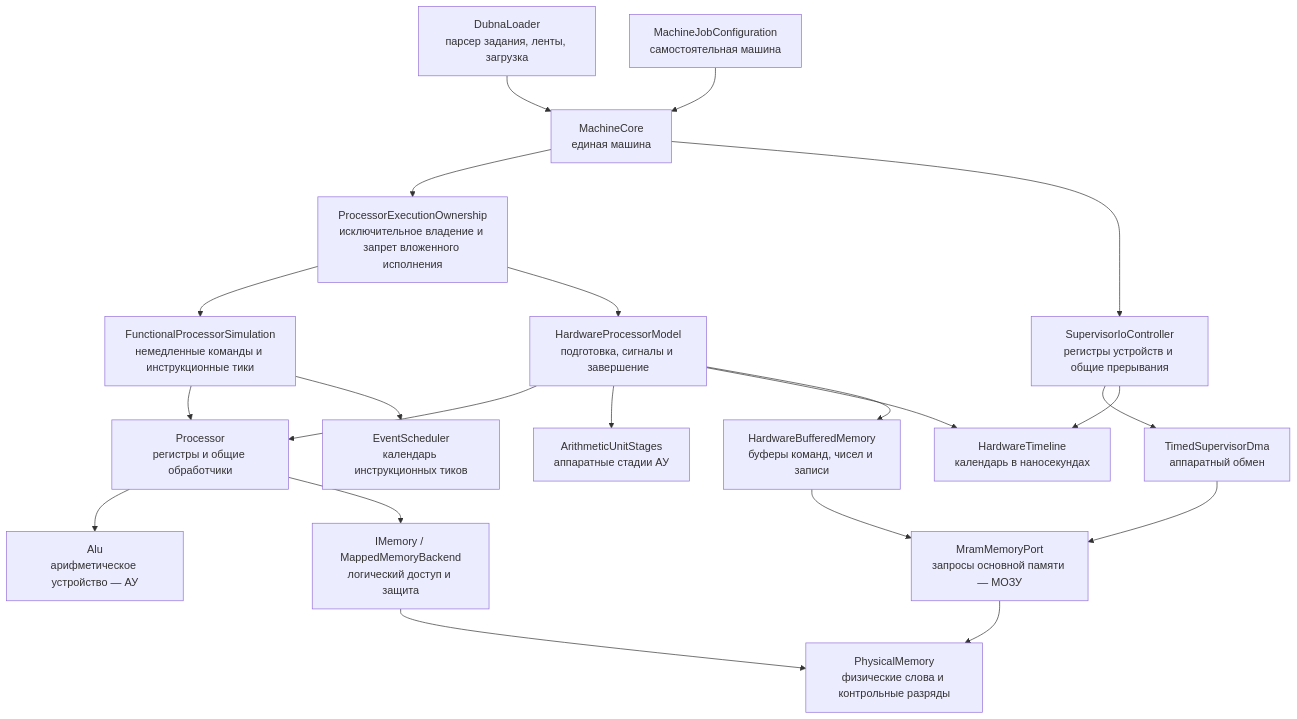
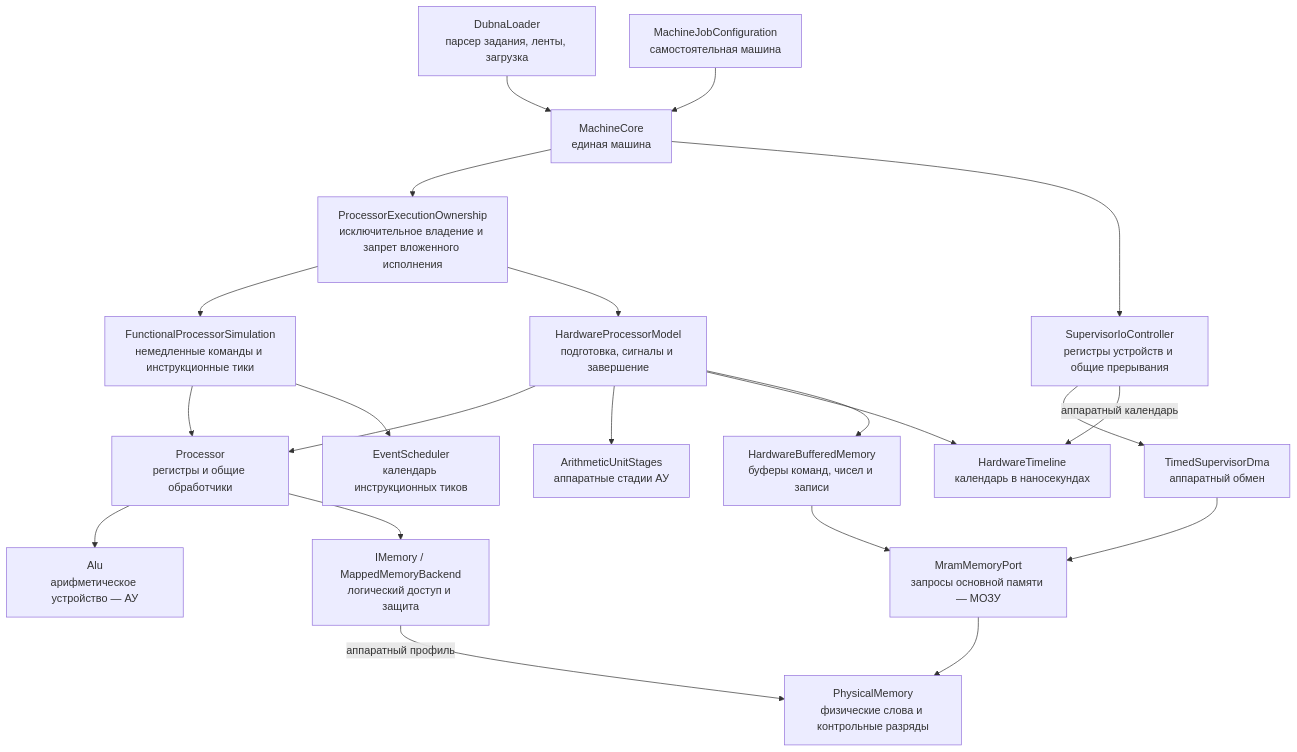
The second of 4 diagrams in ARCHITECTURE.md (EntityFX/besm6.net), drawn with Mermaid before and after one commit. The commit also changed other lines of this file and 13 other files, not shown here.

````diff
--- a/ARCHITECTURE.md
+++ b/ARCHITECTURE.md
@@ -46,23 +46,23 @@
 ```mermaid
 flowchart TB
     Loader["DubnaLoader<br/>парсер задания, ленты, загрузка"] --> Machine["MachineCore<br/>единая машина"]
     Standalone["MachineJobConfiguration<br/>самостоятельная машина"] --> Machine
     Machine --> Ownership["ProcessorExecutionOwnership<br/>исключительное владение и запрет вложенного исполнения"]
     Ownership --> Functional["FunctionalProcessorSimulation<br/>немедленные команды и инструкционные тики"]
     Ownership --> Hardware["HardwareProcessorModel<br/>подготовка, сигналы и завершение"]
     Functional --> CPU["Processor<br/>регистры и общие обработчики"]
     Hardware --> CPU
     CPU --> ALU["Alu<br/>арифметическое устройство — АУ"]
     CPU --> Memory["IMemory / MappedMemoryBackend<br/>логический доступ и защита"]
     Hardware --> Stages["ArithmeticUnitStages<br/>аппаратные стадии АУ"]
     Hardware --> Timeline["HardwareTimeline<br/>календарь в наносекундах"]
     Hardware --> Buffers["HardwareBufferedMemory<br/>буферы команд, чисел и записи"]
     Buffers --> Port["MramMemoryPort<br/>запросы основной памяти — МОЗУ"]
     Port --> Physical["PhysicalMemory<br/>физические слова и контрольные разряды"]
-    Memory --> Physical
+    Memory -->|аппаратный профиль| Physical
     Machine --> IO["SupervisorIoController<br/>регистры устройств и общие прерывания"]
     IO --> DMA["TimedSupervisorDma<br/>аппаратный обмен"]
     DMA --> Port
-    IO --> Timeline
+    IO -->|аппаратный календарь| Timeline
     Functional --> Scheduler["EventScheduler<br/>календарь инструкционных тиков"]
 ```
````
